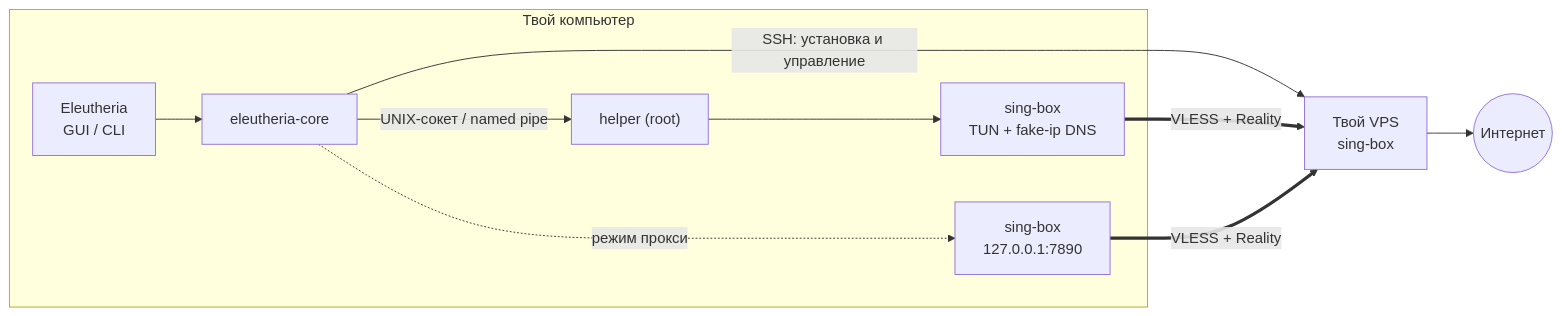
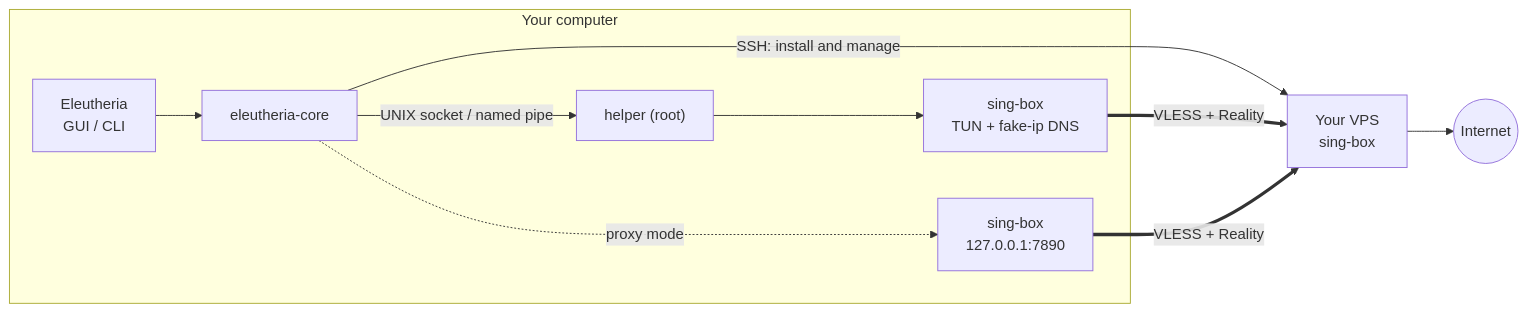
Before and after one commit to MrChifir/Eleutheria: the diagram in README.md, drawn with Mermaid. The commit also changed other lines of this file and 1 other file, not shown here.

````diff
--- a/README.md
+++ b/README.md
@@ -151,13 +157,13 @@
 ```mermaid
 flowchart LR
-    subgraph PC["Твой компьютер"]
+    subgraph PC["Your computer"]
         GUI["Eleutheria<br/>GUI / CLI"] --> CORE["eleutheria-core"]
-        CORE -->|"UNIX-сокет / named pipe"| HELPER["helper (root)"]
+        CORE -->|"UNIX socket / named pipe"| HELPER["helper (root)"]
         HELPER --> SB1["sing-box<br/>TUN + fake-ip DNS"]
-        CORE -.->|"режим прокси"| SB2["sing-box<br/>127.0.0.1:7890"]
+        CORE -.->|"proxy mode"| SB2["sing-box<br/>127.0.0.1:7890"]
     end
-    CORE -->|"SSH: установка и управление"| VPS
-    SB1 ==>|"VLESS + Reality"| VPS["Твой VPS<br/>sing-box"]
+    CORE -->|"SSH: install and manage"| VPS
+    SB1 ==>|"VLESS + Reality"| VPS["Your VPS<br/>sing-box"]
     SB2 ==>|"VLESS + Reality"| VPS
-    VPS --> NET(("Интернет"))
+    VPS --> NET(("Internet"))
 ```
````
